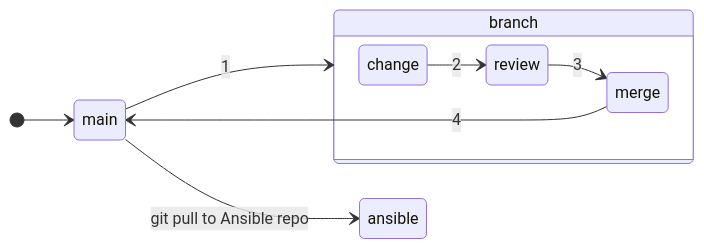
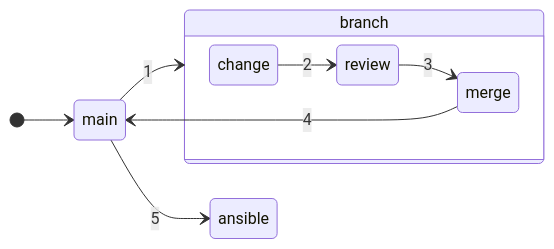
The third of 3 diagrams in README.md (sdncoder/diagrams), drawn with Mermaid before and after one commit. The commit also changed other lines of this file, not shown here.

````diff
--- a/README.md
+++ b/README.md
@@ -46,13 +60,13 @@
  ```mermaid
    stateDiagram
    direction LR
     [*] --> main
     main --> branch : 1
     state branch {
     direction LR
     change --> review : 2
     review --> merge : 3
     }
     merge --> main : 4
-    main --> ansible : git pull to Ansible repo
+    main --> ansible : 5
  ```
````
